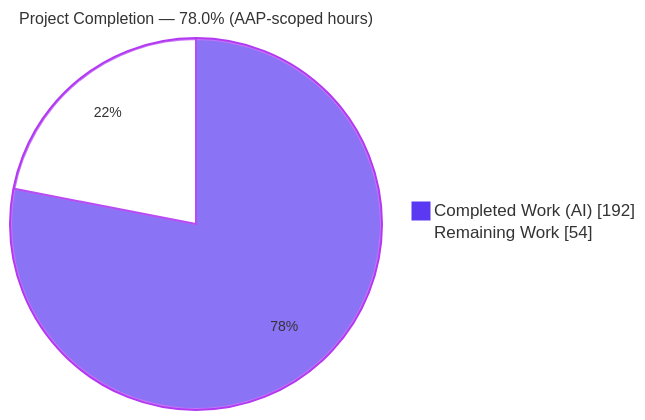
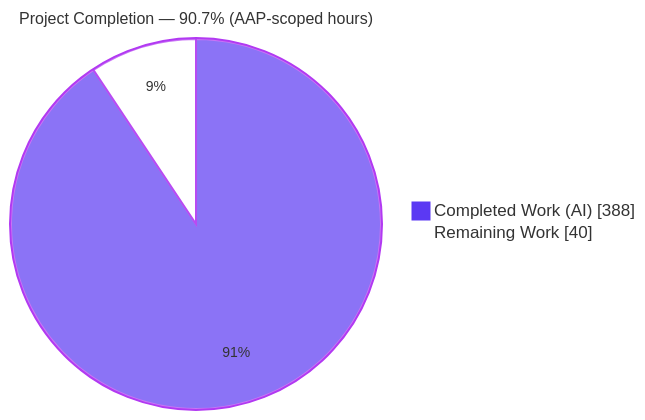
Before and after one commit to Blitzy-Sandbox/blitzy-ArkCase: the first of 3 diagrams in blitzy/documentation/Project Guide.md, drawn with Mermaid. The commit also changed other lines of this file, not shown here.

Commit message:
Adding Blitzy Project Guide: Project Status and Human Tasks Remaining

````diff
--- a/blitzy/documentation/Project Guide.md
+++ b/blitzy/documentation/Project Guide.md
@@ -15,7 +15,7 @@
 ```mermaid
 %%{init: {'theme':'base', 'themeVariables': {'pie1':'#5B39F3','pie2':'#FFFFFF','pieStrokeColor':'#B23AF2','pieStrokeWidth':'2px','pieOuterStrokeColor':'#B23AF2','pieTitleTextSize':'16px','pieSectionTextSize':'14px'}}}%%
 pie showData
-    title Project Completion — 78.0% (AAP-scoped hours)
-    "Completed Work (AI)" : 192
-    "Remaining Work" : 54
+    title Project Completion — 90.7% (AAP-scoped hours)
+    "Completed Work (AI)" : 388
+    "Remaining Work" : 40
 ```
````
